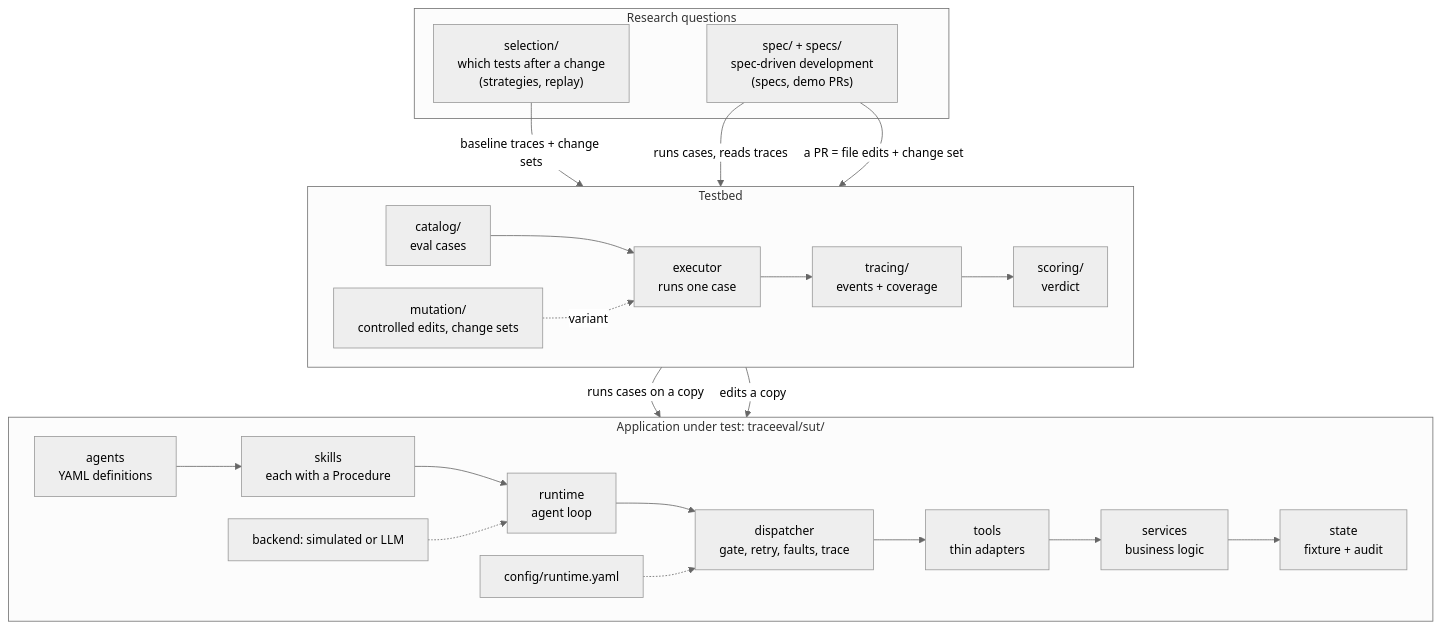
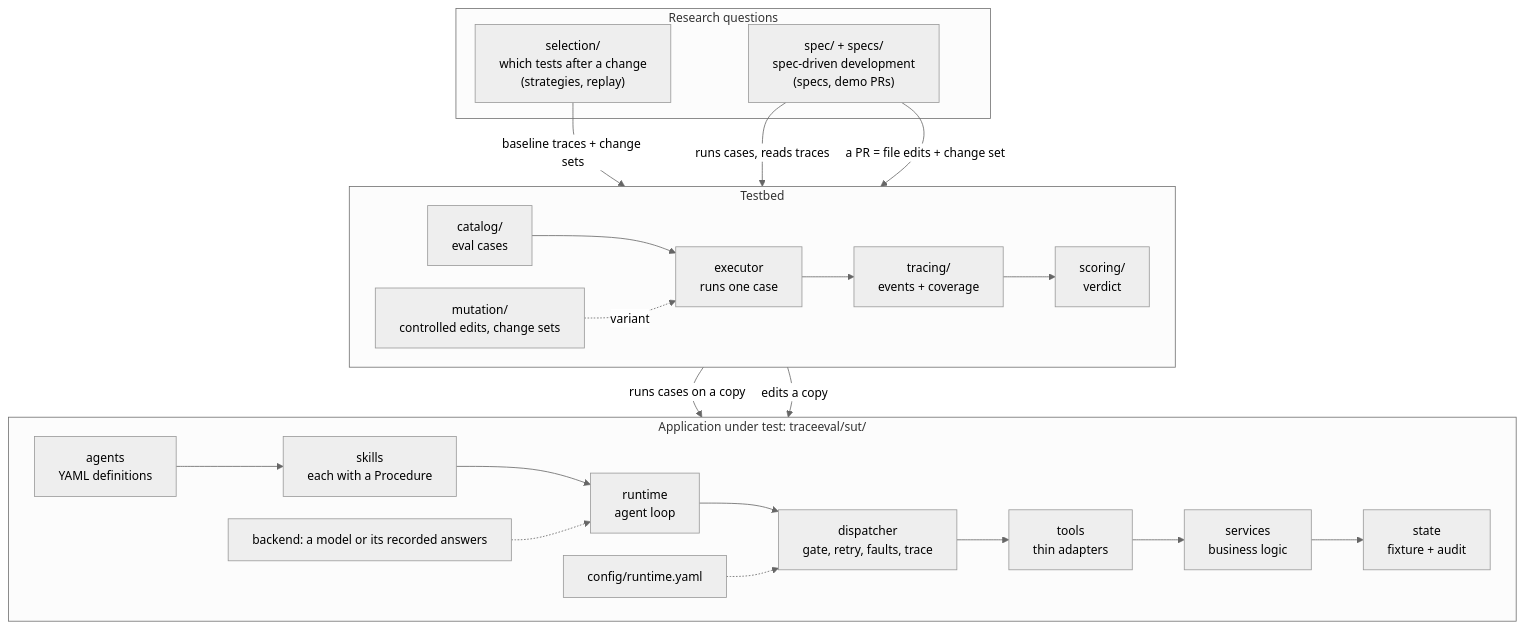
One commit to unibuc-cs/TestingTheAgents changed the diagram in trace-eval/docs/diagrams/guide_1_layers.mmd. Above: the diagram before and after it, drawn with Mermaid. The commit also changed 84 other files, not shown here.

```diff
--- a/trace-eval/docs/diagrams/guide_1_layers.mmd
+++ b/trace-eval/docs/diagrams/guide_1_layers.mmd
@@ -1,22 +1,22 @@
 %%{init: {"theme": "neutral", "flowchart": {"wrappingWidth": 340, "nodeSpacing": 28, "rankSpacing": 40, "curve": "basis"}, "themeVariables": {"fontSize": "15px"}}}%%
 flowchart TB
     subgraph RQ["Research questions"]
         SEL["selection/<br/>which tests after a change<br/>(strategies, replay)"]
         SDD["spec/ + specs/<br/>spec-driven development<br/>(specs, demo PRs)"]
     end
     subgraph TESTBED["Testbed"]
         direction LR
         CAT["catalog/<br/>eval cases"] --> EXE["executor<br/>runs one case"] --> TR["tracing/<br/>events + coverage"] --> SC["scoring/<br/>verdict"]
         MUT["mutation/<br/>controlled edits, change sets"] -.->|"variant"| EXE
     end
     subgraph SUT["Application under test: traceeval/sut/"]
         direction LR
         AG["agents<br/>YAML definitions"] --> SK["skills<br/>each with a Procedure"] --> RT["runtime<br/>agent loop"] --> DI["dispatcher<br/>gate, retry, faults, trace"] --> TO["tools<br/>thin adapters"] --> SV["services<br/>business logic"] --> ST["state<br/>fixture + audit"]
-        BE["backend: simulated or LLM"] -.-> RT
+        BE["backend: a model or its recorded answers"] -.-> RT
         CF["config/runtime.yaml"] -.-> DI
     end
     SEL -->|"baseline traces + change sets"| TESTBED
     SDD -->|"runs cases, reads traces"| TESTBED
     SDD -->|"a PR = file edits + change set"| TESTBED
     TESTBED -->|"runs cases on a copy"| SUT
     TESTBED -->|"edits a copy"| SUT
```
